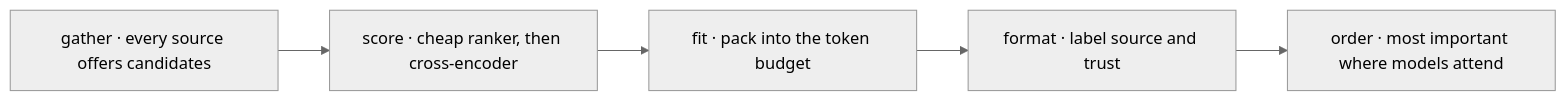
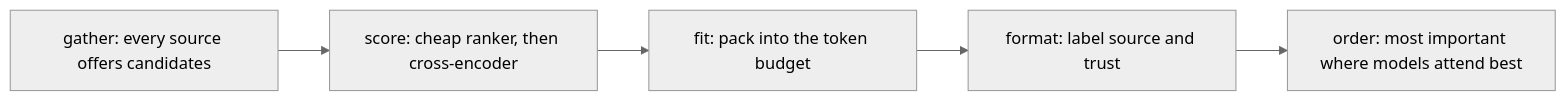
One commit to kk-engineer/robosathi changed the third of 4 diagrams in content/en/docs/agentic_ai/rag.md. Above: the diagram before and after it, drawn with Mermaid (neutral theme). The commit also changed other lines of this file and 15 other files, not shown here.

````diff
--- a/content/en/docs/agentic_ai/rag.md
+++ b/content/en/docs/agentic_ai/rag.md
@@ -154,4 +166,4 @@
 ```mermaid
 graph LR
-    G["gather · every source offers candidates"] --> S["score · cheap ranker, then cross-encoder"] --> F["fit · pack into the token budget"] --> FM["format · label source and trust"] --> O["order · most important where models attend"]
+    G["gather: every source offers candidates"] --> S["score: cheap ranker, then cross-encoder"] --> F["fit: pack into the token budget"] --> FM["format: label source and trust"] --> O["order: most important where models attend best"]
 ```
````
